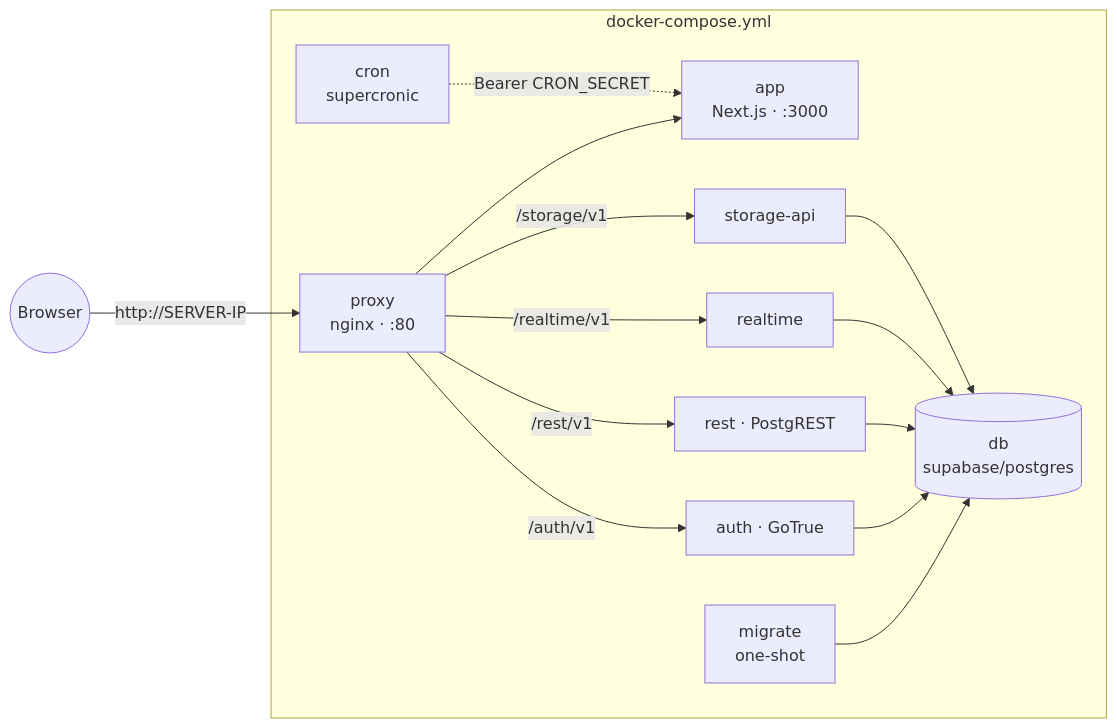
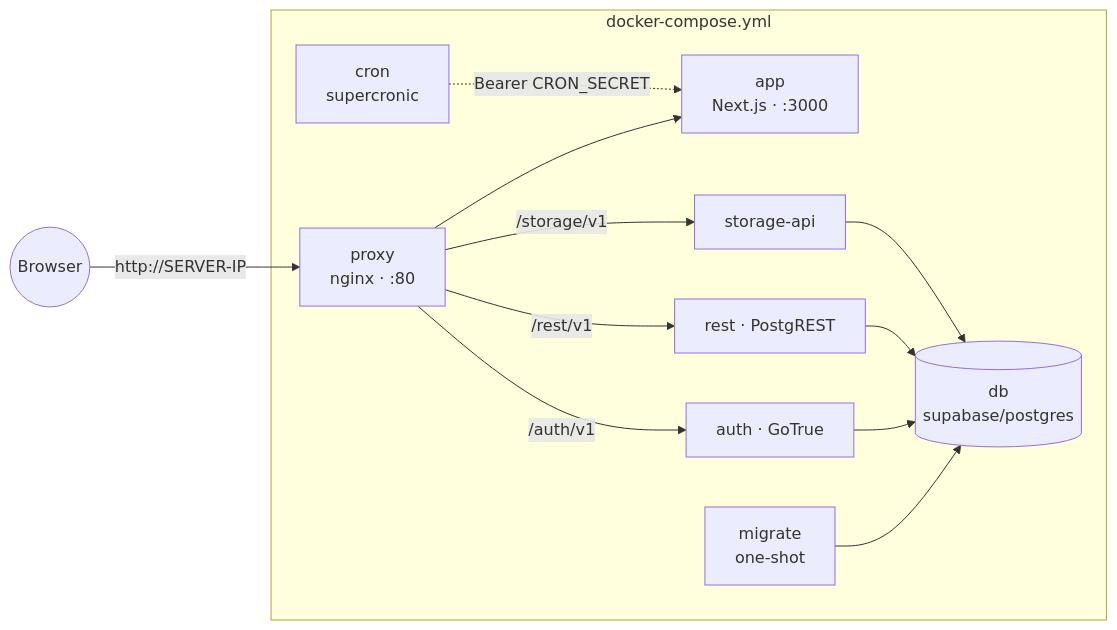
One commit to mews-se/firmabok changed the diagram in docs/SELF-HOSTING.md. Above: the diagram before and after it, drawn with Mermaid. The commit also changed other lines of this file and 9 other files, not shown here.

````diff
--- a/docs/SELF-HOSTING.md
+++ b/docs/SELF-HOSTING.md
@@ -12,26 +12,24 @@
 ```mermaid
 flowchart LR
     user((Browser))
     user -- "http://SERVER-IP" --> nginx
 
     subgraph stack["docker-compose.yml"]
         nginx["proxy<br/>nginx · :80"]
         app["app<br/>Next.js · :3000"]
         cron["cron<br/>supercronic"]
         migrate["migrate<br/>one-shot"]
         db[("db<br/>supabase/postgres")]
         auth["auth · GoTrue"]
         rest["rest · PostgREST"]
-        rt["realtime"]
         storage["storage-api"]
 
         nginx --> app
         nginx -- /auth/v1 --> auth
         nginx -- /rest/v1 --> rest
-        nginx -- /realtime/v1 --> rt
         nginx -- /storage/v1 --> storage
         cron -. Bearer CRON_SECRET .-> app
         migrate --> db
-        auth & rest & rt & storage --> db
+        auth & rest & storage --> db
     end
 ```
````
